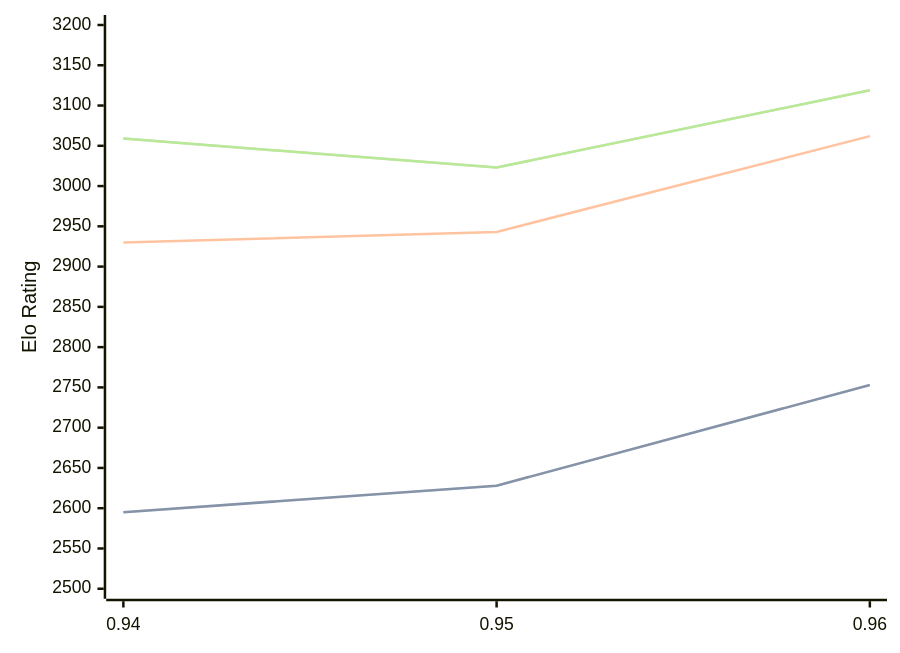
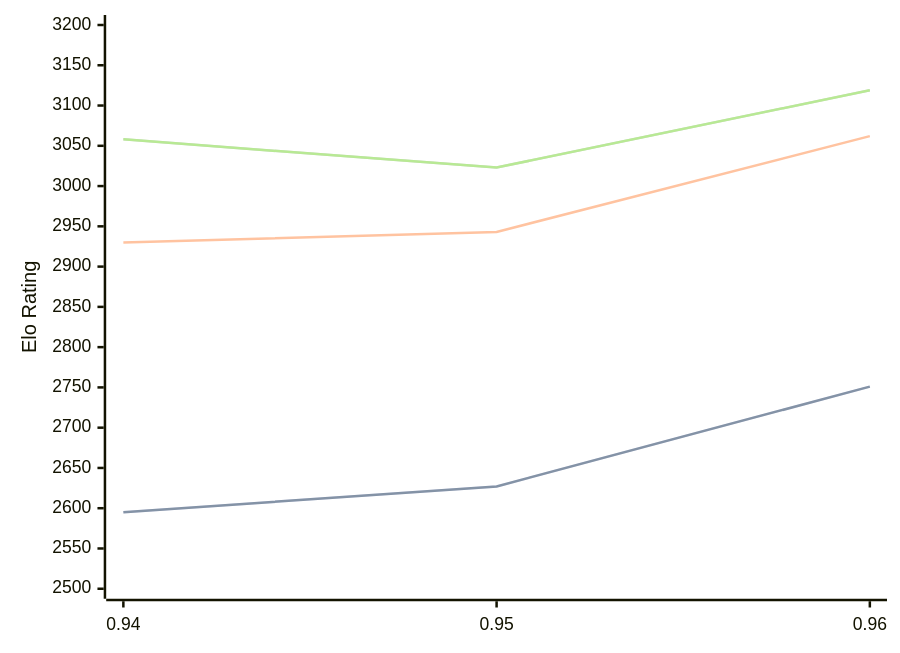
The diagram in engines/Myrddin.md (computer-chess-index/cci), drawn with Mermaid before and after one commit. The commit also changed other lines of this file, not shown here.

Commit message:
Update CCI Ratings (ELO VLTC) - 2026-09-03

````diff
--- a/engines/Myrddin.md
+++ b/engines/Myrddin.md
@@ -33,11 +33,11 @@
 ```mermaid
 %%{init: {"theme":"base","themeVariables":{"seriesColors:['#a3a3a3','#222221','#faa371']}}}%%
 xychart-beta
   x-axis ["0.94", "0.95", "0.96"]
   y-axis "Elo Rating" 2500 --> 3200
-  line "" [2595, 2628, 2753]
-  line "STC (8.0+0.08s)" [2595, 2628, 2753]
+  line "" [2595, 2627, 2751]
+  line "STC (8.0+0.08s)" [2595, 2627, 2751]
   line "LTC (60.0+0.60s)" [2930, 2943, 3062]
-  line "" [3059, 3023, 3119]
-  line "VLTC (2m24s+1.12s)" [3059, 3023, 3119]
+  line "" [3058, 3023, 3119]
+  line "VLTC (2m24s+1.12s)" [3058, 3023, 3119]
 ```
````
